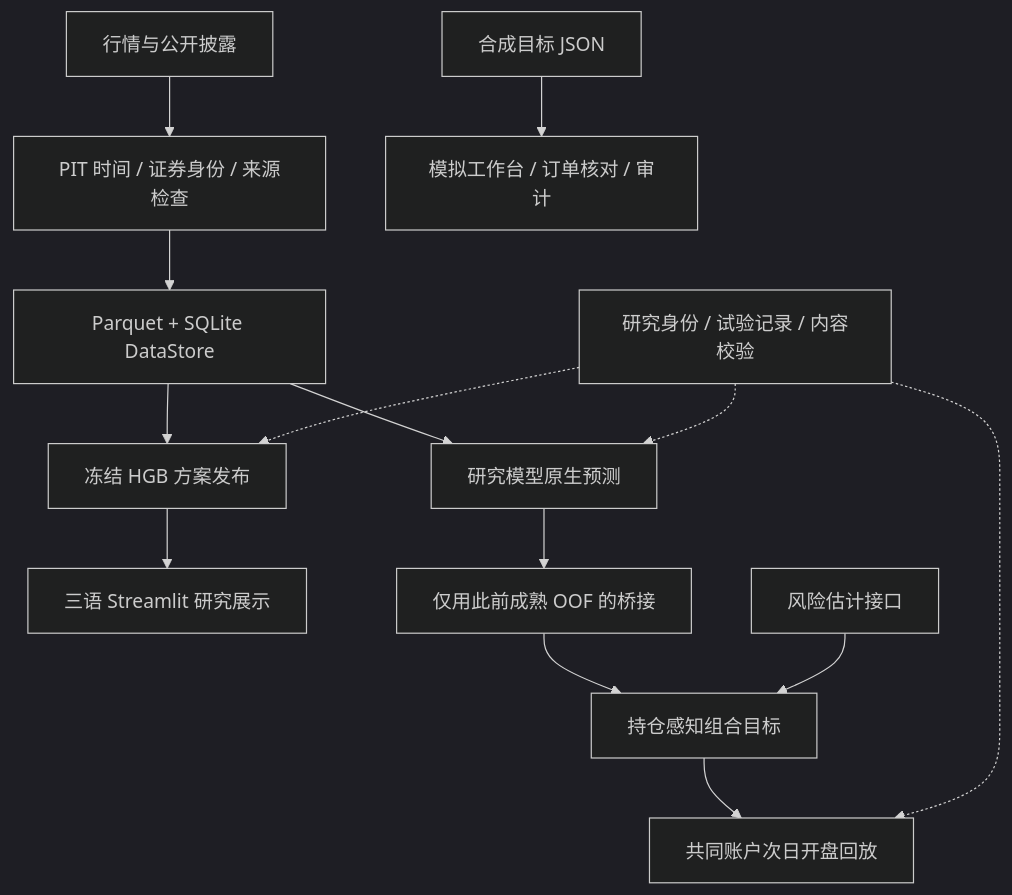
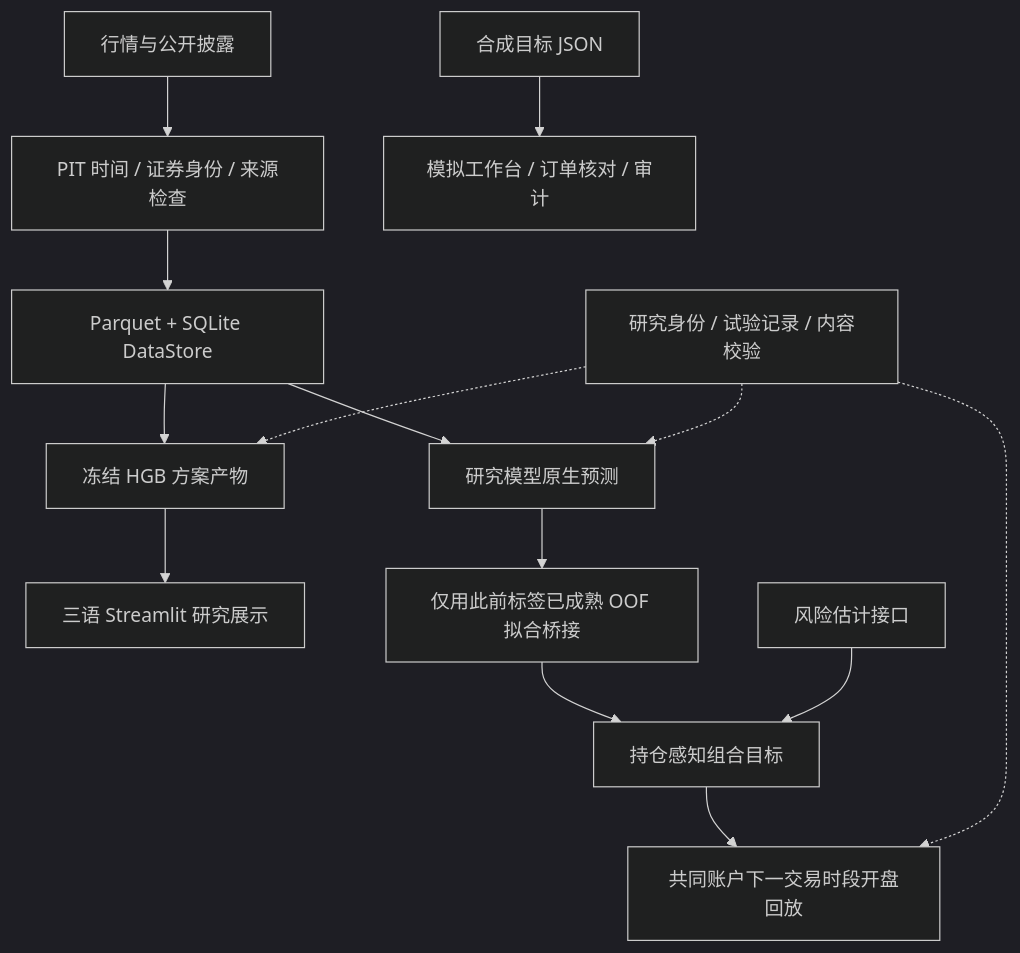
One commit to kinryukii/us-tech-quant-v21 changed the diagram in docs/README.zh.md. Above: the diagram before and after it, drawn with Mermaid (dark theme). The commit also changed other lines of this file and 3 other files, not shown here.

````diff
--- a/docs/README.zh.md
+++ b/docs/README.zh.md
@@ -32,16 +32,16 @@
 ```mermaid
 flowchart TB
     Sources[行情与公开披露] --> PIT[PIT 时间 / 证券身份 / 来源检查]
     PIT --> Store[Parquet + SQLite DataStore]
-    Store --> HGB[冻结 HGB 方案发布]
+    Store --> HGB[冻结 HGB 方案产物]
     HGB --> Demo[三语 Streamlit 研究展示]
     Store --> Forecast[研究模型原生预测]
-    Forecast --> Bridge[仅用此前成熟 OOF 的桥接]
+    Forecast --> Bridge[仅用此前标签已成熟 OOF 拟合桥接]
     Bridge --> Policy[持仓感知组合目标]
     Risk[风险估计接口] --> Policy
-    Policy --> Replay[共同账户次日开盘回放]
+    Policy --> Replay[共同账户下一交易时段开盘回放]
     Registry[研究身份 / 试验记录 / 内容校验] -.-> HGB
     Registry -.-> Forecast
     Registry -.-> Replay
     JSON[合成目标 JSON] --> Paper[模拟工作台 / 订单核对 / 审计]
 ```
````
